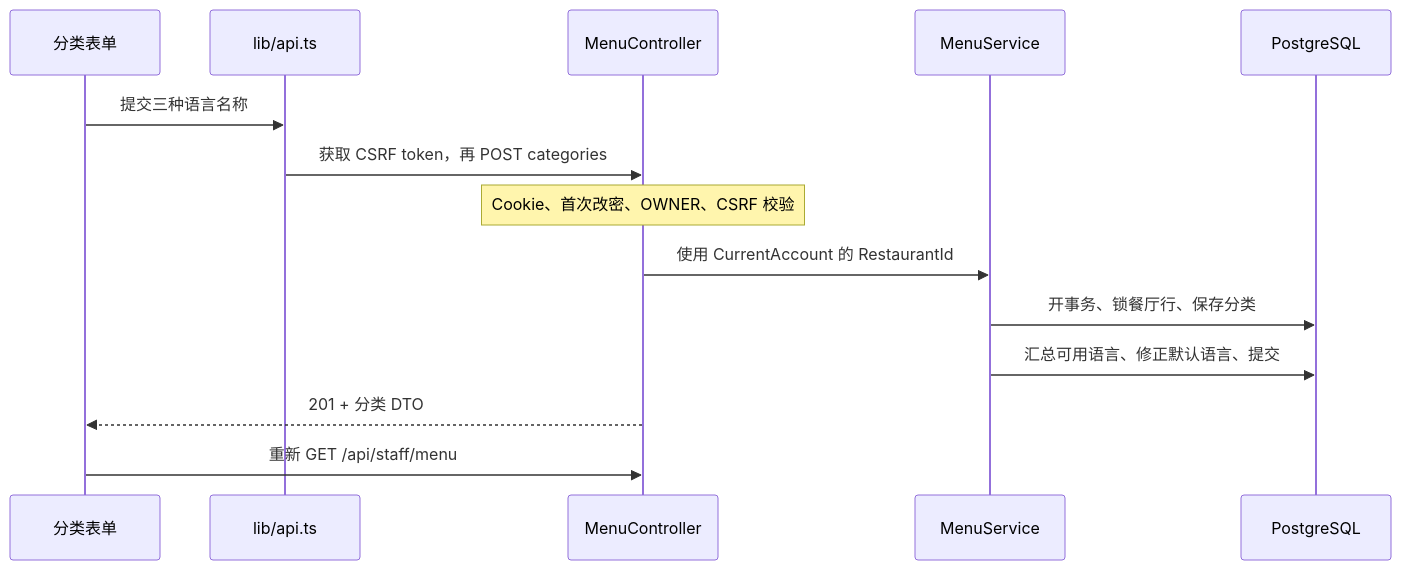
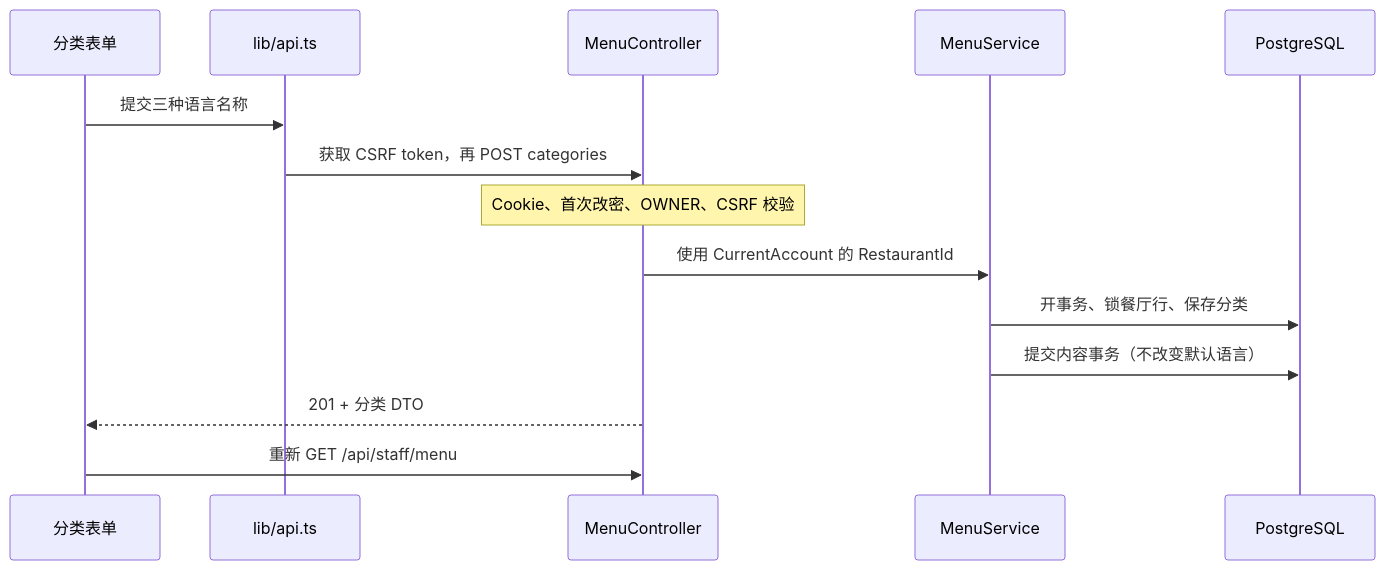
The diagram in docs/menu-management.md (lorenzoyang/TavoloFlow), drawn with Mermaid before and after one commit. The commit also changed other lines of this file and 13 other files, not shown here.

````diff
--- a/docs/menu-management.md
+++ b/docs/menu-management.md
@@ -17,16 +17,16 @@
 ```mermaid
 sequenceDiagram
     participant P as 分类表单
     participant H as lib/api.ts
     participant C as MenuController
     participant S as MenuService
     participant D as PostgreSQL
     P->>H: 提交三种语言名称
     H->>C: 获取 CSRF token，再 POST categories
     Note over C: Cookie、首次改密、OWNER、CSRF 校验
     C->>S: 使用 CurrentAccount 的 RestaurantId
     S->>D: 开事务、锁餐厅行、保存分类
-    S->>D: 汇总可用语言、修正默认语言、提交
+    S->>D: 提交内容事务（不改变默认语言）
     C-->>P: 201 + 分类 DTO
     P->>C: 重新 GET /api/staff/menu
 ```
````
